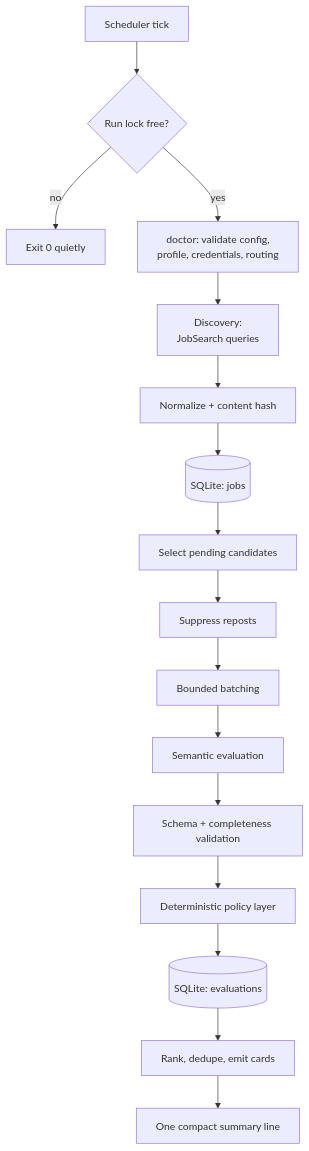
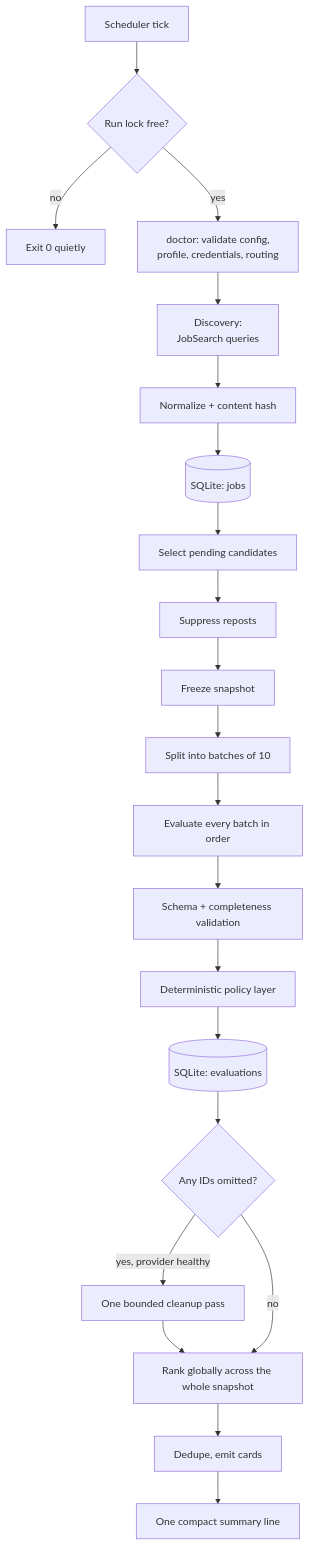
One commit to Aminhashemi-su/RoleLens changed the first of 4 diagrams in docs/architecture.md. Above: the diagram before and after it, drawn with Mermaid. The commit also changed other lines of this file and 7 other files, not shown here.

````diff
--- a/docs/architecture.md
+++ b/docs/architecture.md
@@ -14,18 +14,23 @@
 ```mermaid
 flowchart TD
     CRON[Scheduler tick] --> LOCK{Run lock free?}
     LOCK -- no --> QUIET[Exit 0 quietly]
     LOCK -- yes --> DOCTOR[doctor: validate config,<br/>profile, credentials, routing]
     DOCTOR --> FETCH[Discovery:<br/>JobSearch queries]
     FETCH --> NORM[Normalize + content hash]
     NORM --> UPSERT[(SQLite: jobs)]
     UPSERT --> SELECT[Select pending candidates]
     SELECT --> DEDUPE[Suppress reposts]
-    DEDUPE --> BATCH[Bounded batching]
-    BATCH --> EVAL[Semantic evaluation]
+    DEDUPE --> FREEZE[Freeze snapshot]
+    FREEZE --> BATCH[Split into batches of 10]
+    BATCH --> EVAL[Evaluate every batch in order]
     EVAL --> VALIDATE[Schema + completeness validation]
     VALIDATE --> POLICY[Deterministic policy layer]
     POLICY --> STORE[(SQLite: evaluations)]
-    STORE --> NOTIFY[Rank, dedupe, emit cards]
+    STORE --> CLEAN{Any IDs omitted?}
+    CLEAN -- yes, provider healthy --> RETRY[One bounded cleanup pass]
+    RETRY --> RANK
+    CLEAN -- no --> RANK[Rank globally across the whole snapshot]
+    RANK --> NOTIFY[Dedupe, emit cards]
     NOTIFY --> SUMMARY[One compact summary line]
 ```
````
